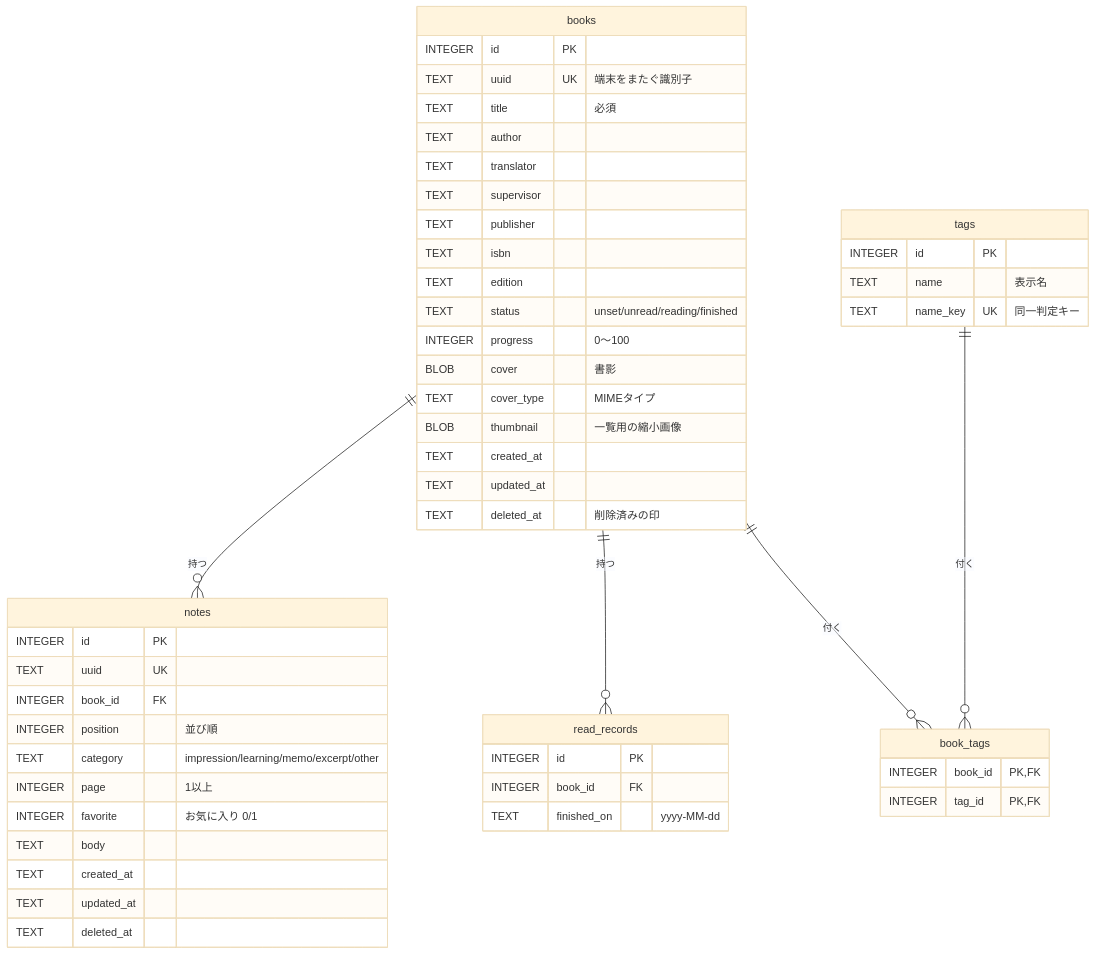
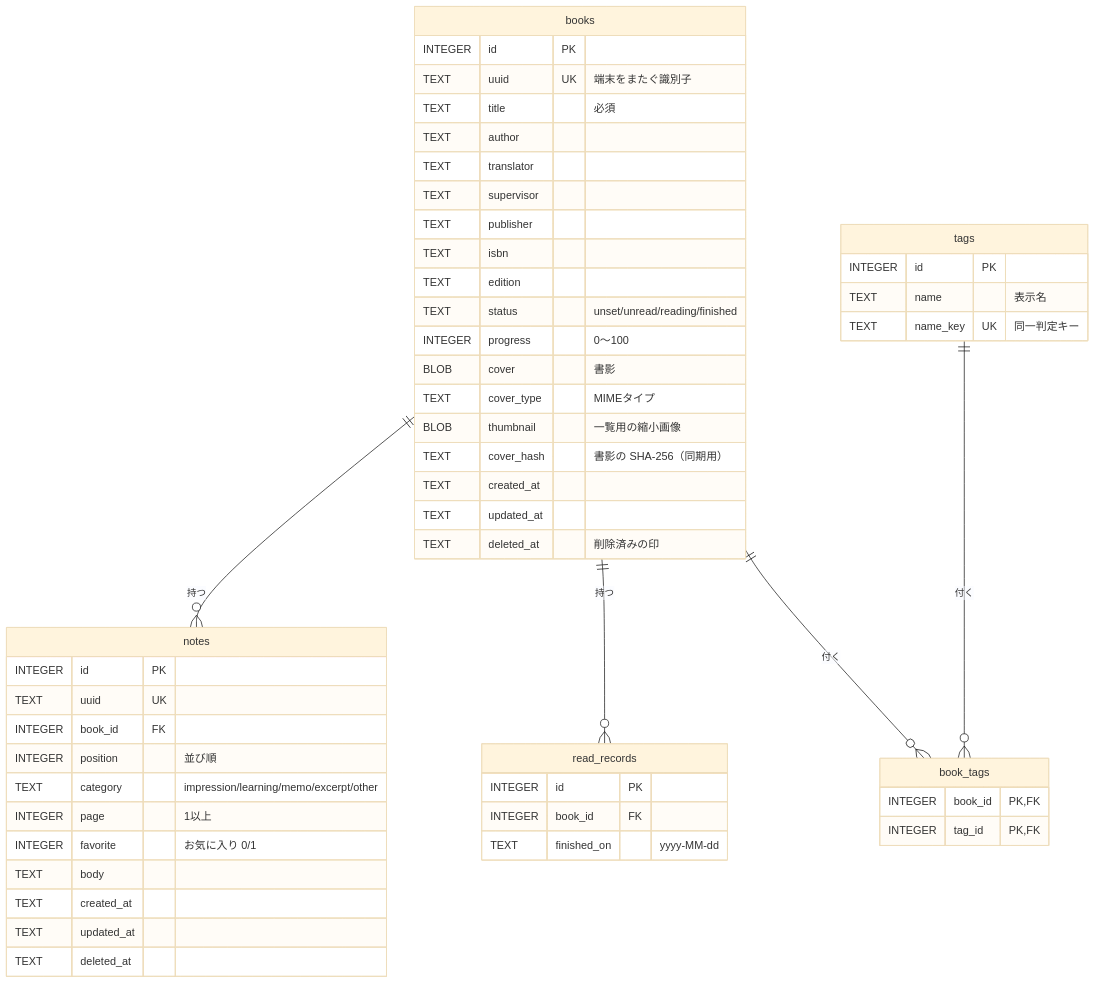
The fifth of 18 diagrams in docs/design/basic-design.ja.md (colophonbooks/colophon), drawn with Mermaid (base theme) before and after one commit. The commit also changed other lines of this file and 7 other files, not shown here.

````diff
--- a/docs/design/basic-design.ja.md
+++ b/docs/design/basic-design.ja.md
@@ -436,54 +530,55 @@
 ```mermaid
 erDiagram
     books ||--o{ notes : "持つ"
     books ||--o{ read_records : "持つ"
     books ||--o{ book_tags : "付く"
     tags ||--o{ book_tags : "付く"
 
     books {
         INTEGER id PK
         TEXT uuid UK "端末をまたぐ識別子"
         TEXT title "必須"
         TEXT author
         TEXT translator
         TEXT supervisor
         TEXT publisher
         TEXT isbn
         TEXT edition
         TEXT status "unset/unread/reading/finished"
         INTEGER progress "0〜100"
         BLOB cover "書影"
         TEXT cover_type "MIMEタイプ"
         BLOB thumbnail "一覧用の縮小画像"
+        TEXT cover_hash "書影の SHA-256（同期用）"
         TEXT created_at
         TEXT updated_at
         TEXT deleted_at "削除済みの印"
     }
     notes {
         INTEGER id PK
         TEXT uuid UK
         INTEGER book_id FK
         INTEGER position "並び順"
         TEXT category "impression/learning/memo/excerpt/other"
         INTEGER page "1以上"
         INTEGER favorite "お気に入り 0/1"
         TEXT body
         TEXT created_at
         TEXT updated_at
         TEXT deleted_at
     }
     read_records {
         INTEGER id PK
         INTEGER book_id FK
         TEXT finished_on "yyyy-MM-dd"
     }
     tags {
         INTEGER id PK
         TEXT name "表示名"
         TEXT name_key UK "同一判定キー"
     }
     book_tags {
         INTEGER book_id PK, FK
         INTEGER tag_id PK, FK
     }
 ```
````
